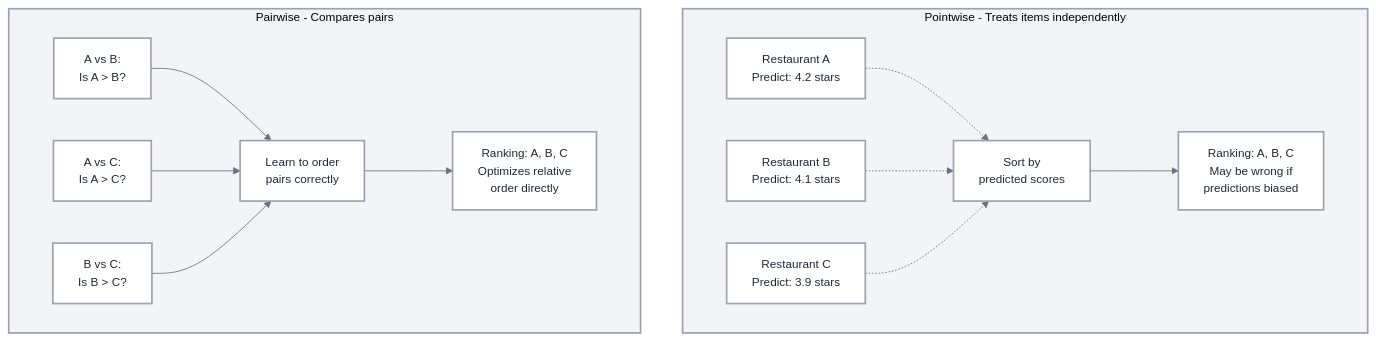
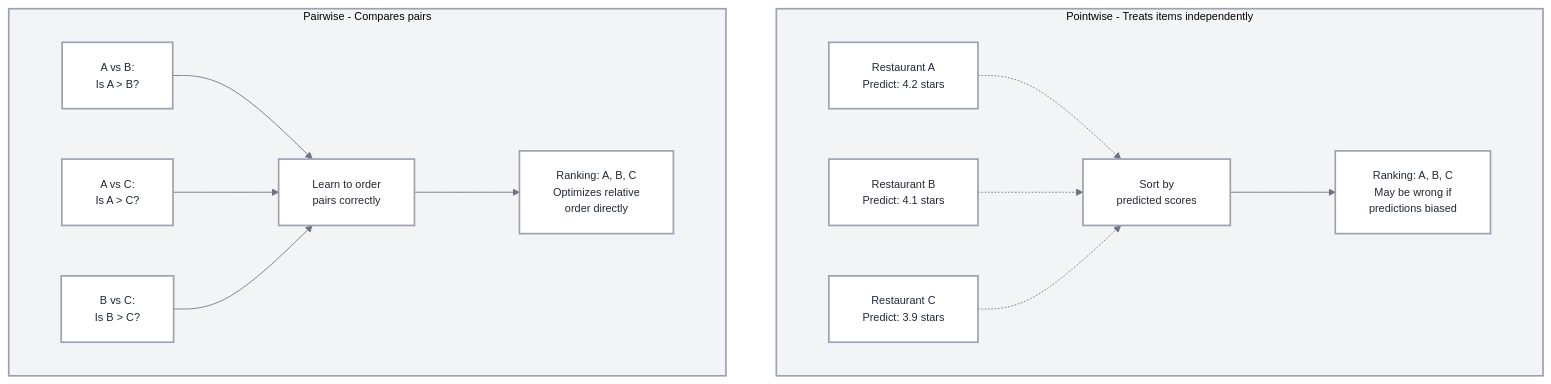
The first of 4 diagrams in _posts/2026/2026-02-07-lightgbm_pairwise_lambdarank.md (saraswatmks/saraswatmks.github.com), drawn with Mermaid before and after one commit. The commit also changed other lines of this file and 1 other file, not shown here.

```diff
--- a/_posts/2026/2026-02-07-lightgbm_pairwise_lambdarank.md
+++ b/_posts/2026/2026-02-07-lightgbm_pairwise_lambdarank.md
@@ -52,53 +52,55 @@
 <div class="mermaid">
 %%{init: {
   'theme': 'base',
   'themeVariables': {
     'primaryColor': '#FFFFFF',
     'primaryTextColor': '#1F2937',
     'primaryBorderColor': '#9CA3AF',
     'lineColor': '#6B7280',
-    'fontSize': '14px',
+    'fontSize': '13px',
     'fontFamily': 'system-ui, -apple-system, sans-serif'
   },
   'flowchart': {
-    'nodeSpacing': 50,
-    'rankSpacing': 80,
-    'padding': 15,
-    'useMaxWidth': true
+    'nodeSpacing': 60,
+    'rankSpacing': 100,
+    'padding': 20,
+    'useMaxWidth': true,
+    'htmlLabels': true,
+    'width': '100%'
   }
 }}%%
 
 graph TD
     subgraph Pointwise["Pointwise - Treats items independently"]
         P1["Restaurant A<br/>Predict: 4.2 stars"]
         P2["Restaurant B<br/>Predict: 4.1 stars"]
         P3["Restaurant C<br/>Predict: 3.9 stars"]
         P1 -.-> P_SORT["Sort by<br/>predicted scores"]
         P2 -.-> P_SORT
         P3 -.-> P_SORT
         P_SORT --> P_RESULT["Ranking: A, B, C<br/>May be wrong if<br/>predictions biased"]
     end
 
     subgraph Pairwise["Pairwise - Compares pairs"]
         Q1["A vs B:<br/>Is A > B?"]
         Q2["A vs C:<br/>Is A > C?"]
         Q3["B vs C:<br/>Is B > C?"]
         Q1 --> Q_LEARN["Learn to order<br/>pairs correctly"]
         Q2 --> Q_LEARN
         Q3 --> Q_LEARN
         Q_LEARN --> Q_RESULT["Ranking: A, B, C<br/>Optimizes relative<br/>order directly"]
     end
 
     style P1 fill:#FFFFFF,stroke:#9CA3AF,stroke-width:2px,color:#1F2937
     style P2 fill:#FFFFFF,stroke:#9CA3AF,stroke-width:2px,color:#1F2937
     style P3 fill:#FFFFFF,stroke:#9CA3AF,stroke-width:2px,color:#1F2937
     style P_SORT fill:#FFFFFF,stroke:#9CA3AF,stroke-width:2px,color:#1F2937
     style P_RESULT fill:#FFFFFF,stroke:#9CA3AF,stroke-width:2px,color:#1F2937
     style Q1 fill:#FFFFFF,stroke:#9CA3AF,stroke-width:2px,color:#1F2937
     style Q2 fill:#FFFFFF,stroke:#9CA3AF,stroke-width:2px,color:#1F2937
     style Q3 fill:#FFFFFF,stroke:#9CA3AF,stroke-width:2px,color:#1F2937
     style Q_LEARN fill:#FFFFFF,stroke:#9CA3AF,stroke-width:2px,color:#1F2937
     style Q_RESULT fill:#FFFFFF,stroke:#9CA3AF,stroke-width:2px,color:#1F2937
     style Pointwise fill:#F3F4F6,stroke:#9CA3AF,stroke-width:2px
     style Pairwise fill:#F3F4F6,stroke:#9CA3AF,stroke-width:2px
 </div>
```
